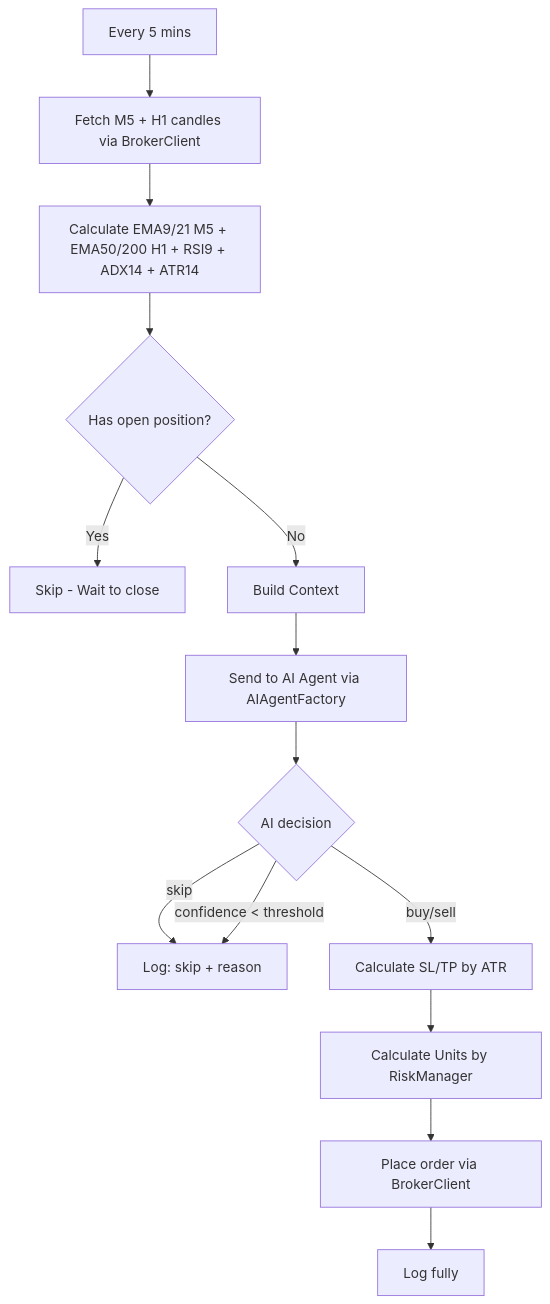
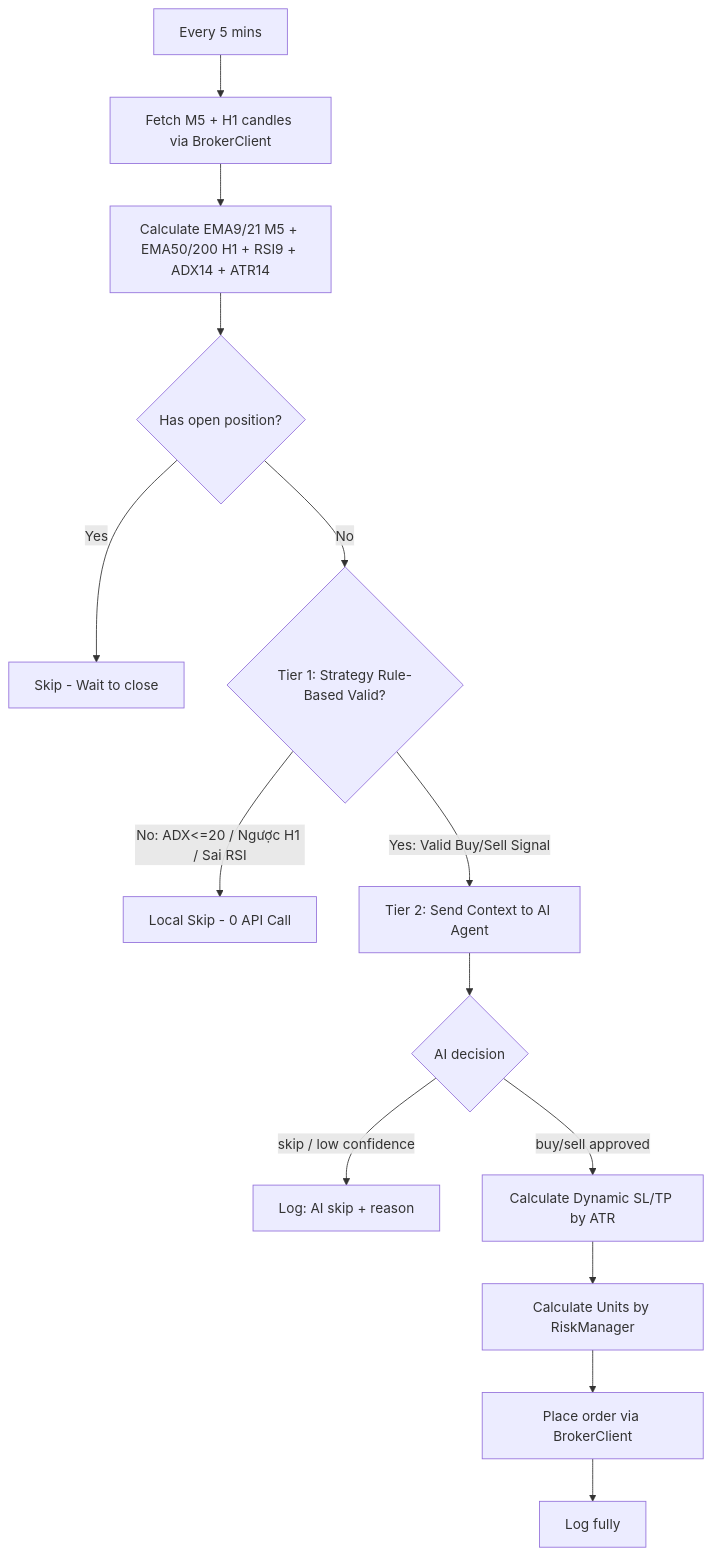
The diagram in docs/ARCHITECTURE.md (ptphat77/ai-trading), drawn with Mermaid before and after one commit. The commit also changed other lines of this file and 1 other file, not shown here.

Commit message:
feat(backtest): add live AI progress logging and update 2-tier architecture docs
- Add live progress console logging during AI-simulated backtesting in BacktestEngine.js

- Optimize pre-filter evaluation before dispatching AI agent queries

- Update ARCHITECTURE.md with 2-Tier Decision Architecture flow and mermaid diagram

````diff
--- a/docs/ARCHITECTURE.md
+++ b/docs/ARCHITECTURE.md
@@ -154,16 +154,16 @@
 ```mermaid
 flowchart TD
     A[Every 5 mins] --> B[Fetch M5 + H1 candles via BrokerClient]
     B --> C[Calculate EMA9/21 M5 + EMA50/200 H1 + RSI9 + ADX14 + ATR14]
     C --> D{Has open position?}
     D -- Yes --> E[Skip - Wait to close]
-    D -- No --> F[Build Context]
-    F --> G[Send to AI Agent via AIAgentFactory]
-    G --> H{AI decision}
-    H -- skip --> I[Log: skip + reason]
-    H -- confidence < threshold --> I
-    H -- buy/sell --> J[Calculate SL/TP by ATR]
-    J --> K[Calculate Units by RiskManager]
-    K --> L[Place order via BrokerClient]
-    L --> M[Log fully]
+    D -- No --> F{Tier 1: Strategy Rule-Based Valid?}
+    F -- No: ADX<=20 / Ngược H1 / Sai RSI --> G[Local Skip - 0 API Call]
+    F -- Yes: Valid Buy/Sell Signal --> H[Tier 2: Send Context to AI Agent]
+    H --> I{AI decision}
+    I -- skip / low confidence --> J[Log: AI skip + reason]
+    I -- buy/sell approved --> K[Calculate Dynamic SL/TP by ATR]
+    K --> L[Calculate Units by RiskManager]
+    L --> M[Place order via BrokerClient]
+    M --> N[Log fully]
 ```
````
